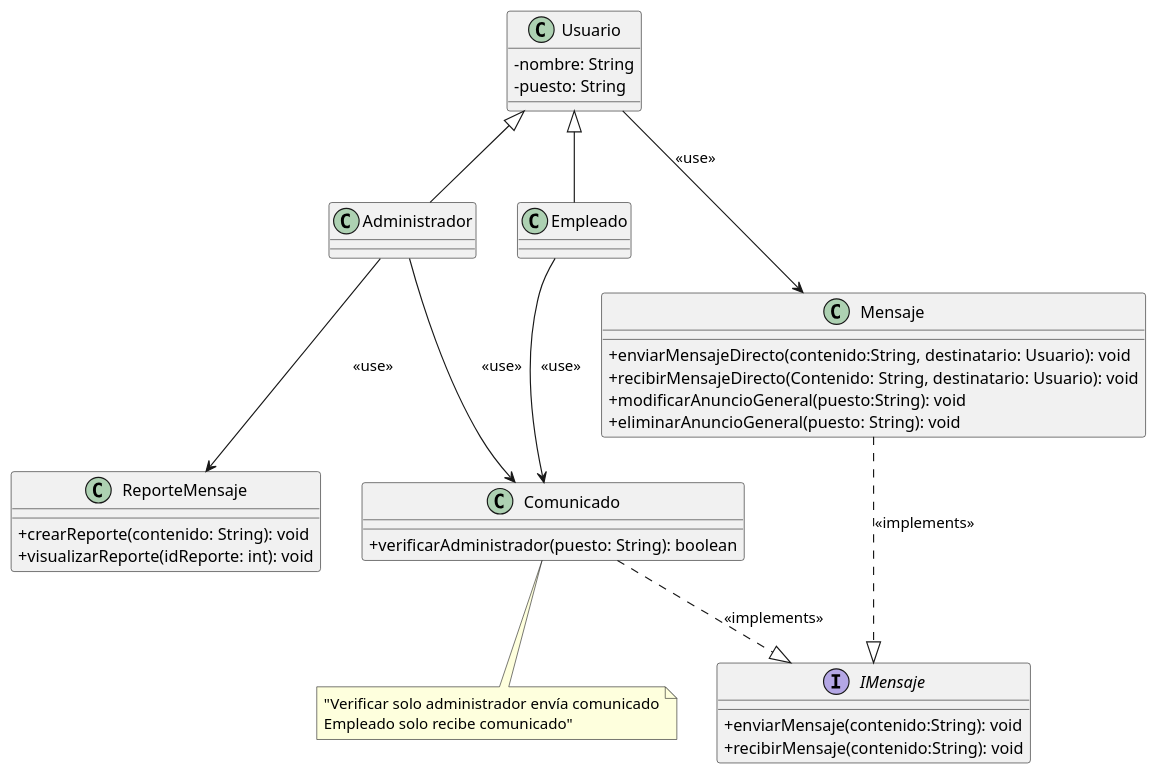
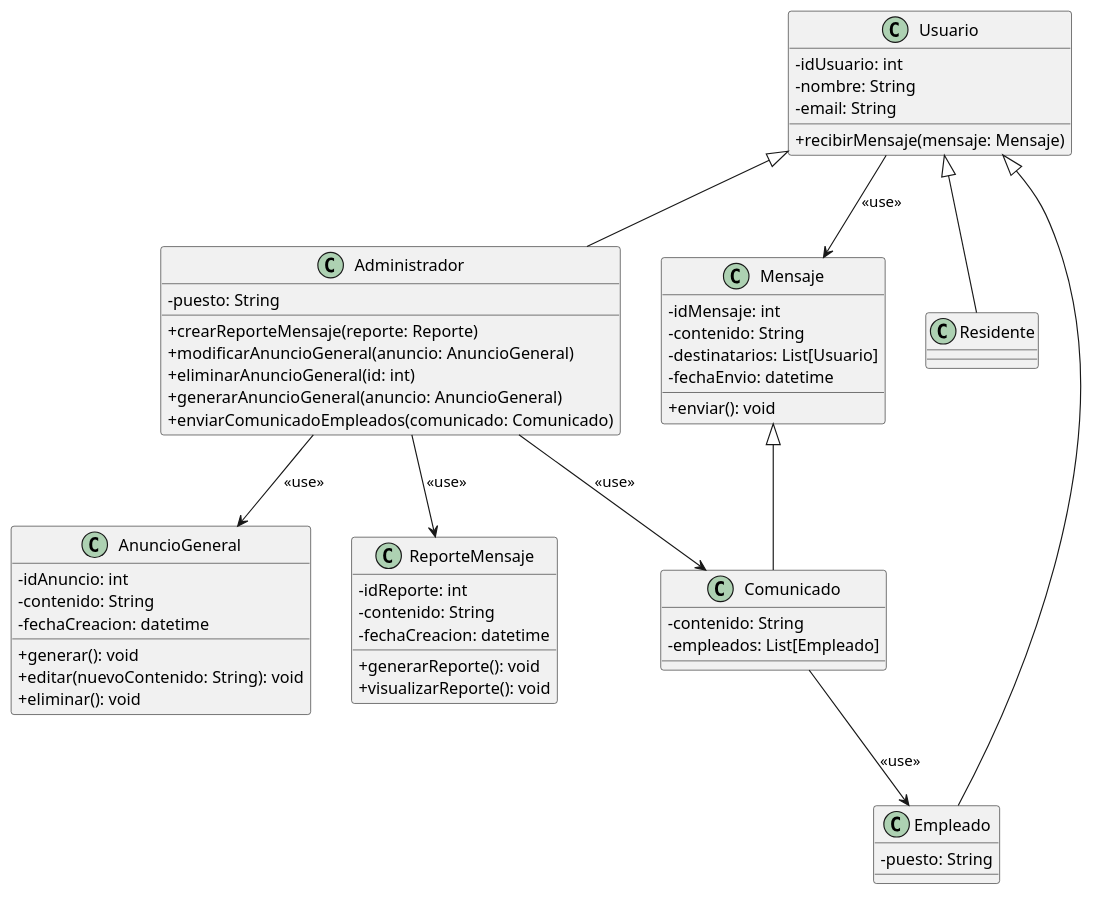
One commit to richardriverag/ProyectoDiseno24B changed the diagram in Diagramas/Diagramas de Clases/GrupoF_Comunicacion/Diagrama_Clases.puml. Above: the diagram before and after it, drawn with PlantUML.

Commit message:
Update Diagrama_Clases.puml
Adding Residente class. Updating Comunicado, AnuncioGeneral and Mensaje. Deleting the IMensaje´s interface.

```diff
--- a/Diagramas/Diagramas de Clases/GrupoF_Comunicacion/Diagrama_Clases.puml
+++ b/Diagramas/Diagramas de Clases/GrupoF_Comunicacion/Diagrama_Clases.puml
@@ -1,50 +1,70 @@
 @startuml
 ' Encapsulación
 skinparam classAttributeIconSize 0
 
 class Usuario {
+    - idUsuario: int
     - nombre: String
+    - email: String
+    + recibirMensaje(mensaje: Mensaje)
+}
+
+class Administrador {
+    - puesto: String
+    + crearReporteMensaje(reporte: Reporte)
+    + modificarAnuncioGeneral(anuncio: AnuncioGeneral)
+    + eliminarAnuncioGeneral(id: int)
+    + generarAnuncioGeneral(anuncio: AnuncioGeneral)
+    + enviarComunicadoEmpleados(comunicado: Comunicado)
+}
+
+class Empleado {
     - puesto: String
 }
 
-class Administrador {
-}
-
-class Empleado {
-
+class Residente {
 }
 
 class ReporteMensaje {
-    + crearReporte(contenido: String): void
-    + visualizarReporte(idReporte: int): void
+    - idReporte: int
+    - contenido: String
+    - fechaCreacion: datetime
+    + generarReporte(): void
+    + visualizarReporte(): void
 }
 
 
 class Comunicado {
-    + verificarAdministrador(puesto: String): boolean
+    - contenido: String
+    - empleados: List[Empleado]
 }
 
 class Mensaje{
-    + enviarMensajeDirecto(contenido:String, destinatario: Usuario): void
-    + recibirMensajeDirecto(Contenido: String, destinatario: Usuario): void
-    + modificarAnuncioGeneral(puesto:String): void
-    + eliminarAnuncioGeneral(puesto: String): void
+    - idMensaje: int
+    - contenido: String
+    - destinatarios: List[Usuario]
+    - fechaEnvio: datetime
+    + enviar(): void
 }
 
-interface IMensaje{
-    +enviarMensaje(contenido:String): void
-    +recibirMensaje(contenido:String): void
+class AnuncioGeneral{
+    - idAnuncio: int
+    - contenido: String
+    - fechaCreacion: datetime
+    + generar(): void
+    + editar(nuevoContenido: String): void
+    + eliminar(): void
 }
 
 
 Usuario <|-- Empleado
 Usuario <|-- Administrador
+Usuario <|-- Residente
 Administrador --> Comunicado: "<<use>>"
-Empleado --> Comunicado: "<<use>>"
+Comunicado --> Empleado: "<<use>>"
 Usuario --> Mensaje: "<<use>>"
 Administrador --> ReporteMensaje: "<<use>>"
-Mensaje ..|> IMensaje: "<<implements>>"
-Comunicado ..|> IMensaje: "<<implements>>"
+Administrador --> AnuncioGeneral: "<<use>>"
+Mensaje <|-- Comunicado
 
-note bottom of Comunicado: "Verificar solo administrador envía comunicado\nEmpleado solo recibe comunicado"
 @enduml
```
